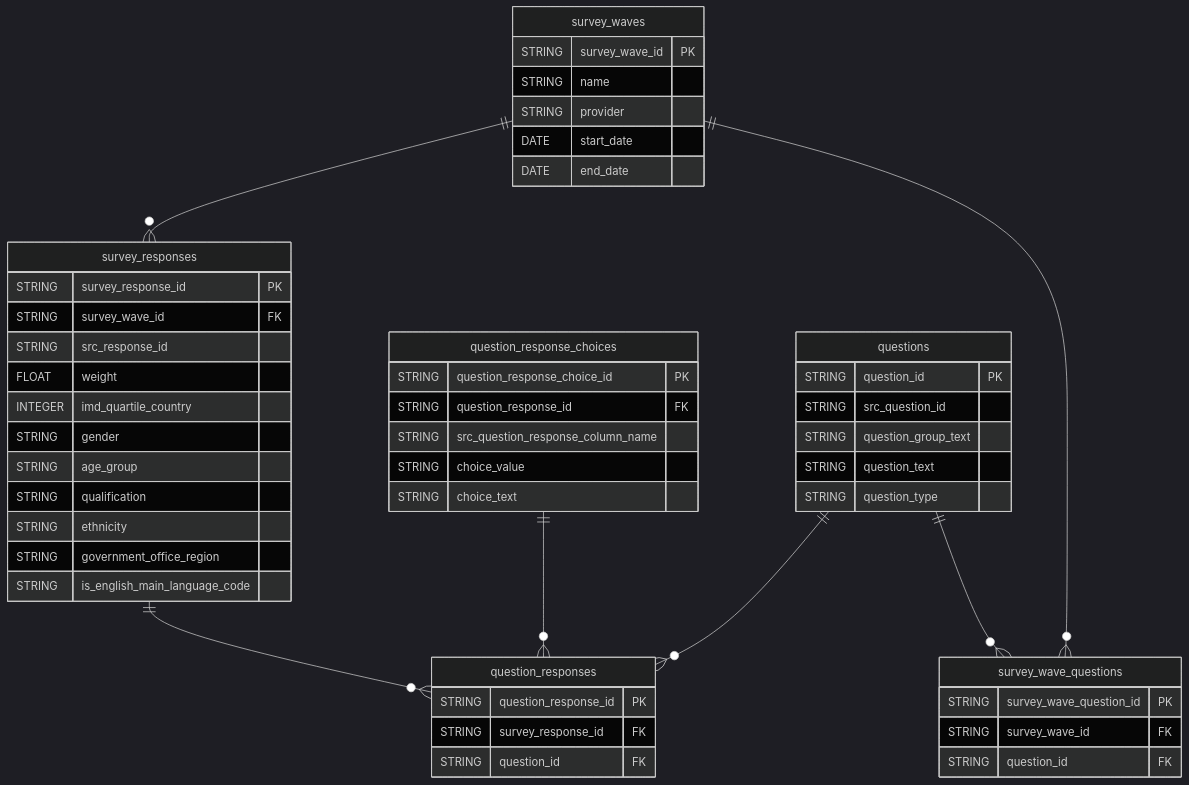
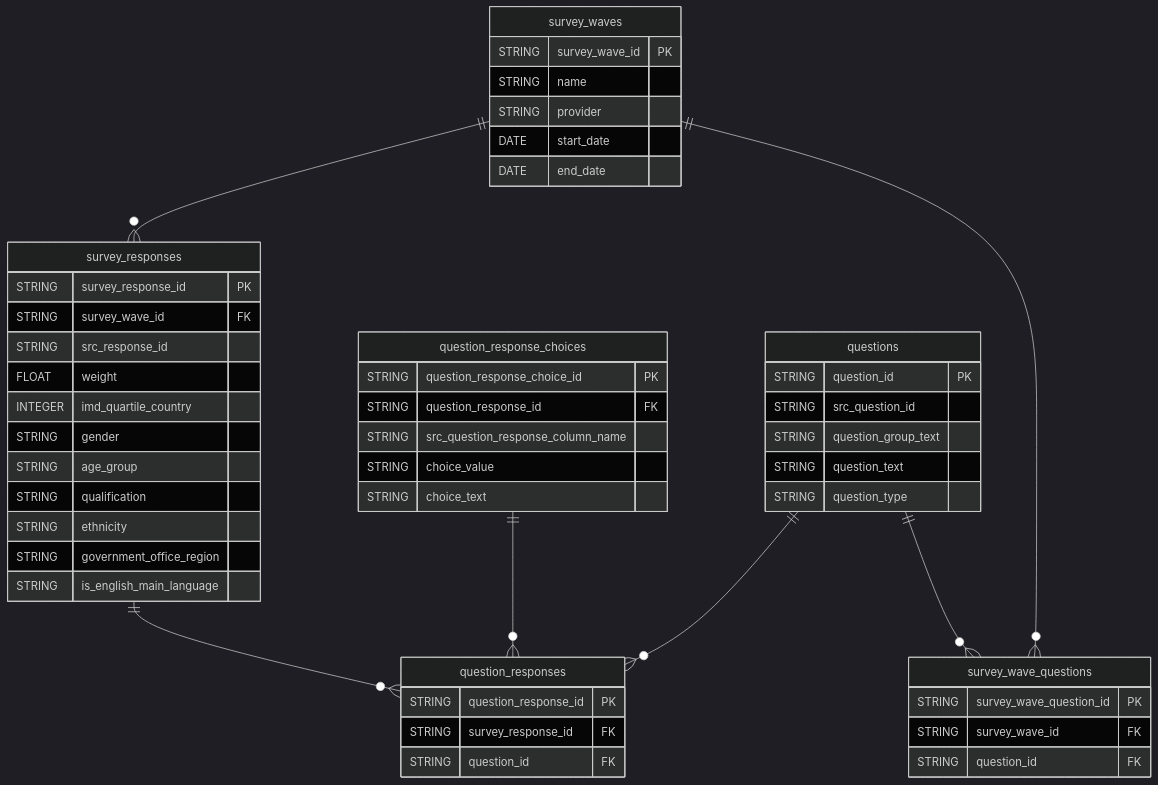
The diagram in README.md (alphagov/govuk-polling-dataform), drawn with Mermaid (dark theme) before and after one commit.

````diff
--- a/README.md
+++ b/README.md
@@ -13,59 +13,59 @@
 ```mermaid
 erDiagram
     survey_waves {
         STRING survey_wave_id PK
         STRING name
         STRING provider
         DATE start_date
         DATE end_date
     }
 
     survey_responses {
         STRING survey_response_id PK
         STRING survey_wave_id FK
         STRING src_response_id
         FLOAT weight
         INTEGER imd_quartile_country
         STRING gender
         STRING age_group
         STRING qualification
         STRING ethnicity
         STRING government_office_region
-        STRING is_english_main_language_code
+        STRING is_english_main_language
     }
 
     question_responses {
         STRING question_response_id PK
         STRING survey_response_id FK
         STRING question_id FK
     }
 
     questions {
         STRING question_id PK
         STRING src_question_id
         STRING question_group_text
         STRING question_text
         STRING question_type
     }
 
     question_response_choices {
         STRING question_response_choice_id PK
         STRING question_response_id FK
         STRING src_question_response_column_name
         STRING choice_value
         STRING choice_text
     }
 
     survey_wave_questions {
         STRING survey_wave_question_id PK
         STRING survey_wave_id FK
         STRING question_id FK
     }
 
     survey_waves ||--o{ survey_responses : ""
     survey_responses ||--o{ question_responses : ""
     question_response_choices ||--o{ question_responses : ""
     questions ||--o{ question_responses : ""
     questions ||--o{ survey_wave_questions : ""
     survey_waves ||--o{ survey_wave_questions : ""
 ```
````
